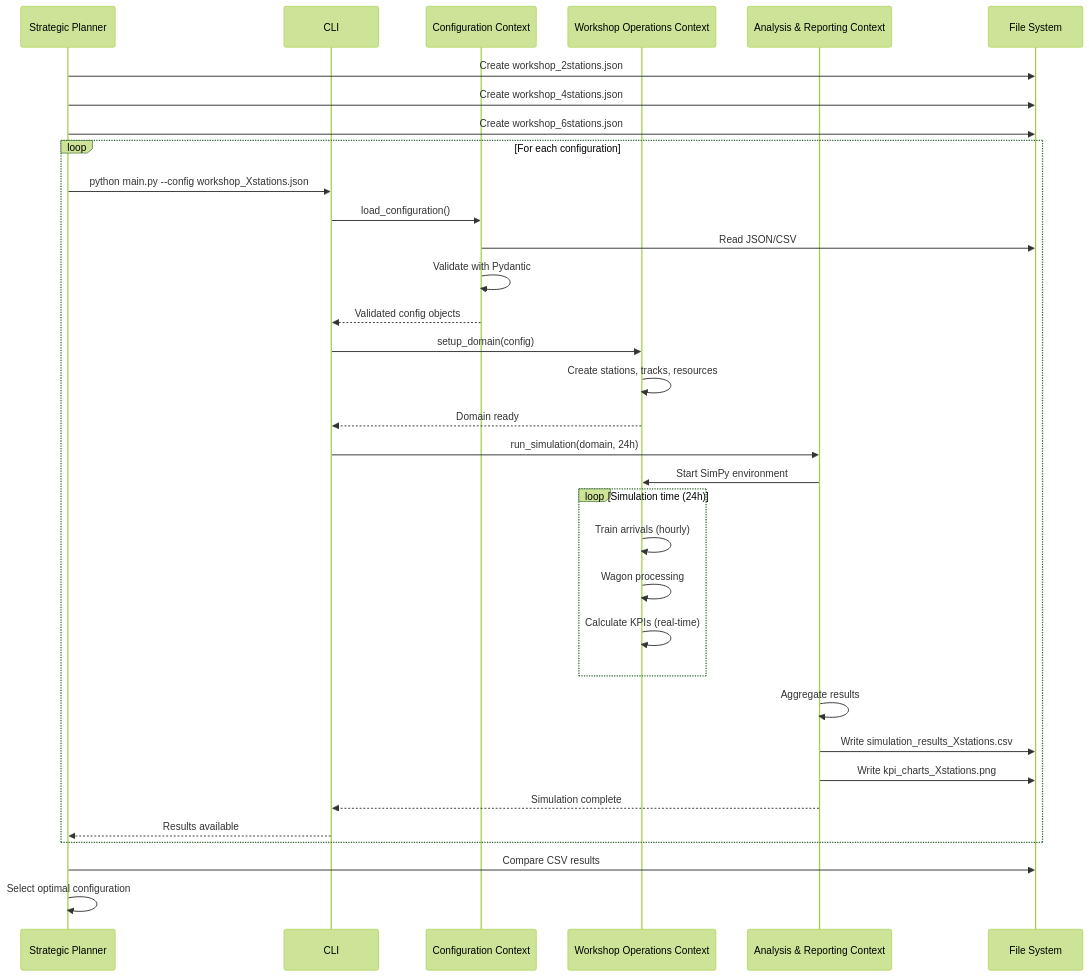
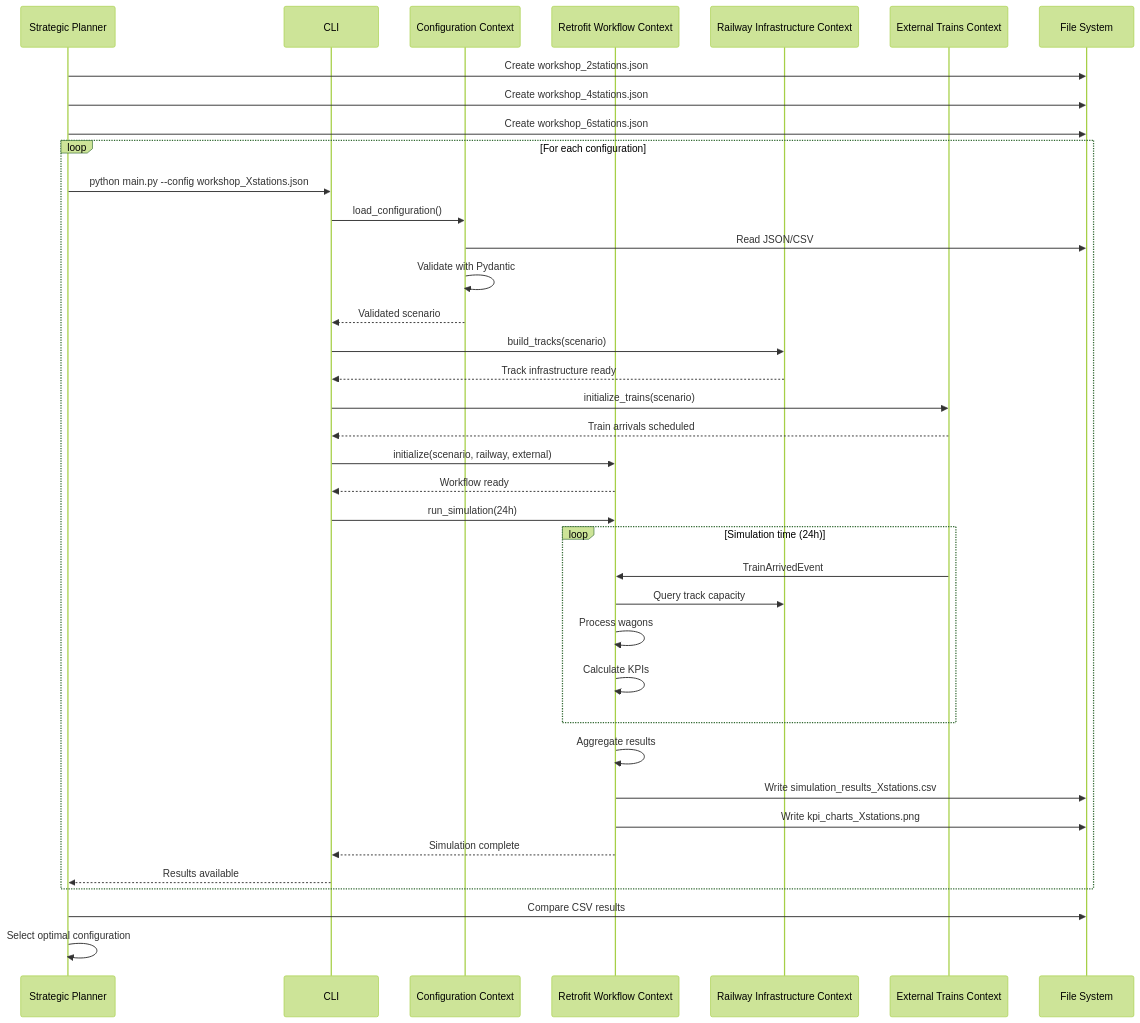
The first of 8 diagrams in docs/mvp/architecture/06-runtime.md (OpenRailAssociation/dac-migration-dss-popupsim), drawn with Mermaid (forest theme) before and after one commit. The commit also changed other lines of this file and 197 other files, not shown here.

````diff
--- a/docs/mvp/architecture/06-runtime.md
+++ b/docs/mvp/architecture/06-runtime.md
@@ -15,43 +15,49 @@
 ```mermaid
 sequenceDiagram
     participant Planner as Strategic Planner
     participant CLI as CLI
     participant Config as Configuration Context
-    participant Domain as Workshop Operations Context
-    participant Control as Analysis & Reporting Context
+    participant Retrofit as Retrofit Workflow Context
+    participant Railway as Railway Infrastructure Context
+    participant External as External Trains Context
     participant Files as File System
 
     Planner->>Files: Create workshop_2stations.json
     Planner->>Files: Create workshop_4stations.json
     Planner->>Files: Create workshop_6stations.json
 
     loop For each configuration
         Planner->>CLI: python main.py --config workshop_Xstations.json
         CLI->>Config: load_configuration()
         Config->>Files: Read JSON/CSV
         Config->>Config: Validate with Pydantic
-        Config-->>CLI: Validated config objects
+        Config-->>CLI: Validated scenario
 
-        CLI->>Domain: setup_domain(config)
-        Domain->>Domain: Create stations, tracks, resources
-        Domain-->>CLI: Domain ready
+        CLI->>Railway: build_tracks(scenario)
+        Railway-->>CLI: Track infrastructure ready
+        
+        CLI->>External: initialize_trains(scenario)
+        External-->>CLI: Train arrivals scheduled
+        
+        CLI->>Retrofit: initialize(scenario, railway, external)
+        Retrofit-->>CLI: Workflow ready
 
-        CLI->>Control: run_simulation(domain, 24h)
-        Control->>Domain: Start SimPy environment
+        CLI->>Retrofit: run_simulation(24h)
 
         loop Simulation time (24h)
-            Domain->>Domain: Train arrivals (hourly)
-            Domain->>Domain: Wagon processing
-            Domain->>Domain: Calculate KPIs (real-time)
+            External->>Retrofit: TrainArrivedEvent
+            Retrofit->>Railway: Query track capacity
+            Retrofit->>Retrofit: Process wagons
+            Retrofit->>Retrofit: Calculate KPIs
         end
 
-        Control->>Control: Aggregate results
-        Control->>Files: Write simulation_results_Xstations.csv
-        Control->>Files: Write kpi_charts_Xstations.png
-        Control-->>CLI: Simulation complete
+        Retrofit->>Retrofit: Aggregate results
+        Retrofit->>Files: Write simulation_results_Xstations.csv
+        Retrofit->>Files: Write kpi_charts_Xstations.png
+        Retrofit-->>CLI: Simulation complete
         CLI-->>Planner: Results available
     end
 
     Planner->>Files: Compare CSV results
     Planner->>Planner: Select optimal configuration
 ```
````
